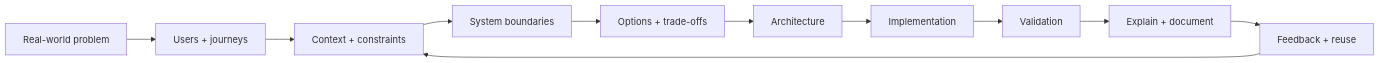
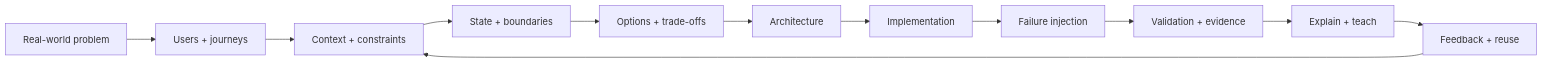
The diagram in README.md (MountainBridge/MountainBridges), drawn with Mermaid before and after one commit. The commit also changed other lines of this file, not shown here.

````diff
--- a/README.md
+++ b/README.md
@@ -19,13 +34,14 @@
 ```mermaid
 flowchart LR
     A[Real-world problem] --> B[Users + journeys]
     B --> C[Context + constraints]
-    C --> D[System boundaries]
+    C --> D[State + boundaries]
     D --> E[Options + trade-offs]
     E --> F[Architecture]
     F --> G[Implementation]
-    G --> H[Validation]
-    H --> I[Explain + document]
-    I --> J[Feedback + reuse]
-    J --> C
+    G --> H[Failure injection]
+    H --> I[Validation + evidence]
+    I --> J[Explain + teach]
+    J --> K[Feedback + reuse]
+    K --> C
 ```
````
